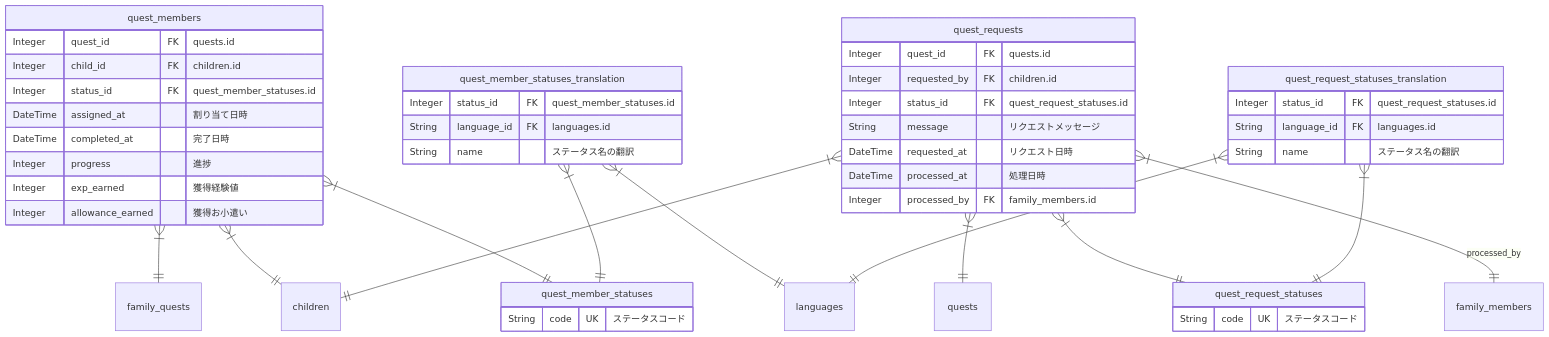
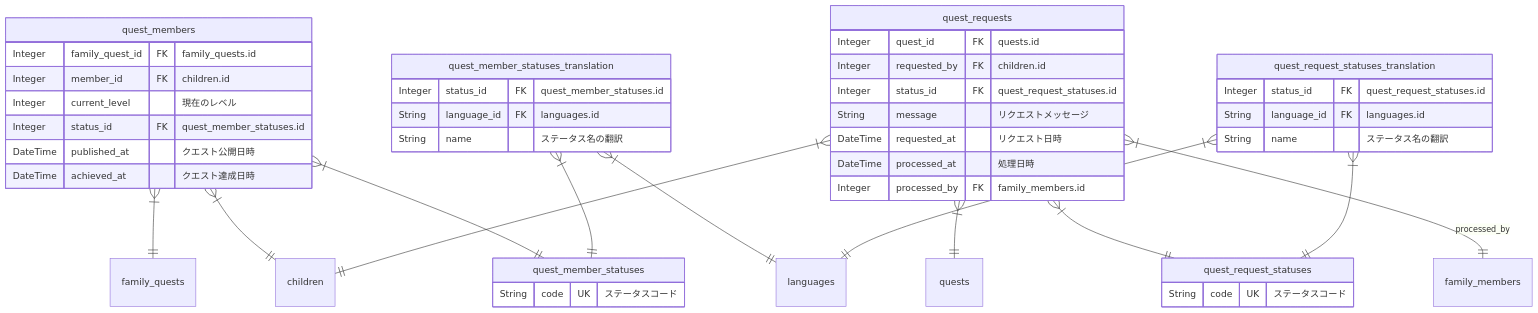
Diagram 13 of 17 in apps/api/docs/ja/uml/erd.md (shuhei1101/allowance-questboard), drawn with Mermaid before and after one commit. The commit also changed other lines of this file, not shown here.

Commit message:
Complete ERD updates for quest entities and other remaining differences

````diff
--- a/apps/api/docs/ja/uml/erd.md
+++ b/apps/api/docs/ja/uml/erd.md
@@ -478,57 +482,55 @@
 ```mermaid
 %% quest/execution
 erDiagram
     quest_members {
-        Integer quest_id FK "quests.id"
-        Integer child_id FK "children.id"
+        Integer family_quest_id FK "family_quests.id"
+        Integer member_id FK "children.id"
+        Integer current_level "現在のレベル"
         Integer status_id FK "quest_member_statuses.id"
-        DateTime assigned_at "割り当て日時"
-        DateTime completed_at "完了日時"
-        Integer progress "進捗"
-        Integer exp_earned "獲得経験値"
-        Integer allowance_earned "獲得お小遣い"
+        DateTime published_at "クエスト公開日時"
+        DateTime achieved_at "クエスト達成日時"
     }
 
     quest_member_statuses {
         String code UK "ステータスコード"
     }
 
     quest_member_statuses_translation {
         Integer status_id FK "quest_member_statuses.id"
         String language_id FK "languages.id"
         String name "ステータス名の翻訳"
     }
 
     quest_requests {
         Integer quest_id FK "quests.id"
         Integer requested_by FK "children.id"
         Integer status_id FK "quest_request_statuses.id"
         String message "リクエストメッセージ"
         DateTime requested_at "リクエスト日時"
         DateTime processed_at "処理日時"
         Integer processed_by FK "family_members.id"
     }
 
     quest_request_statuses {
         String code UK "ステータスコード"
     }
 
     quest_request_statuses_translation {
         Integer status_id FK "quest_request_statuses.id"
         String language_id FK "languages.id"
         String name "ステータス名の翻訳"
     }
 
     %% Relationships
     quest_members }|--|| family_quests: ""
     quest_members }|--|| children: ""
     quest_members }|--|| quest_member_statuses: ""
     quest_member_statuses_translation }|--|| quest_member_statuses: ""
     quest_member_statuses_translation }|--|| languages: ""
     quest_requests }|--|| quests: ""
     quest_requests }|--|| children: ""
     quest_requests }|--|| quest_request_statuses: ""
     quest_requests }|--|| family_members: "processed_by"
     quest_request_statuses_translation }|--|| quest_request_statuses: ""
     quest_request_statuses_translation }|--|| languages: ""
 ```
````
